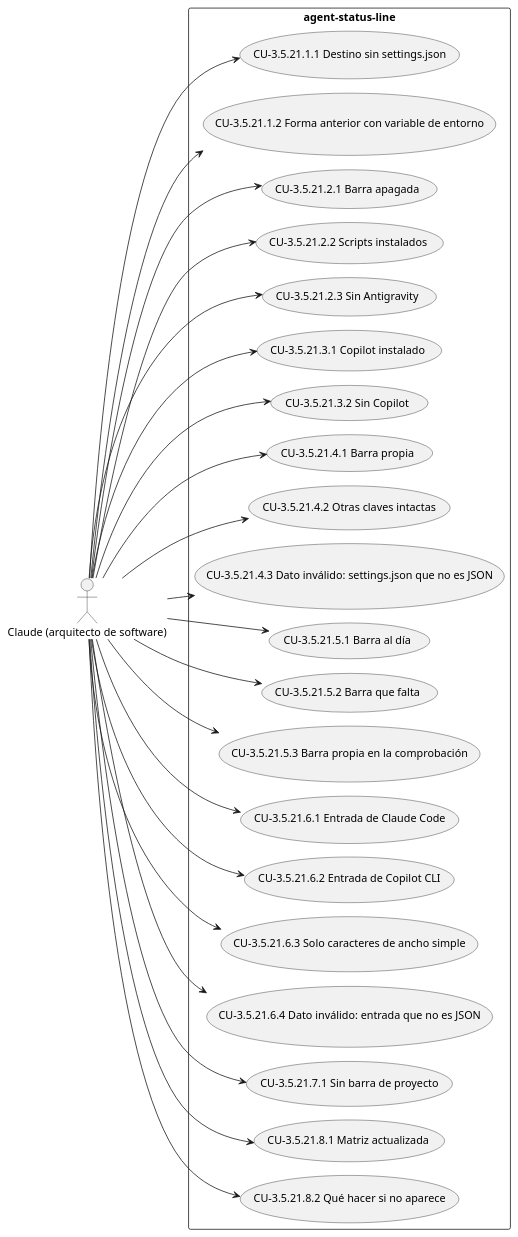
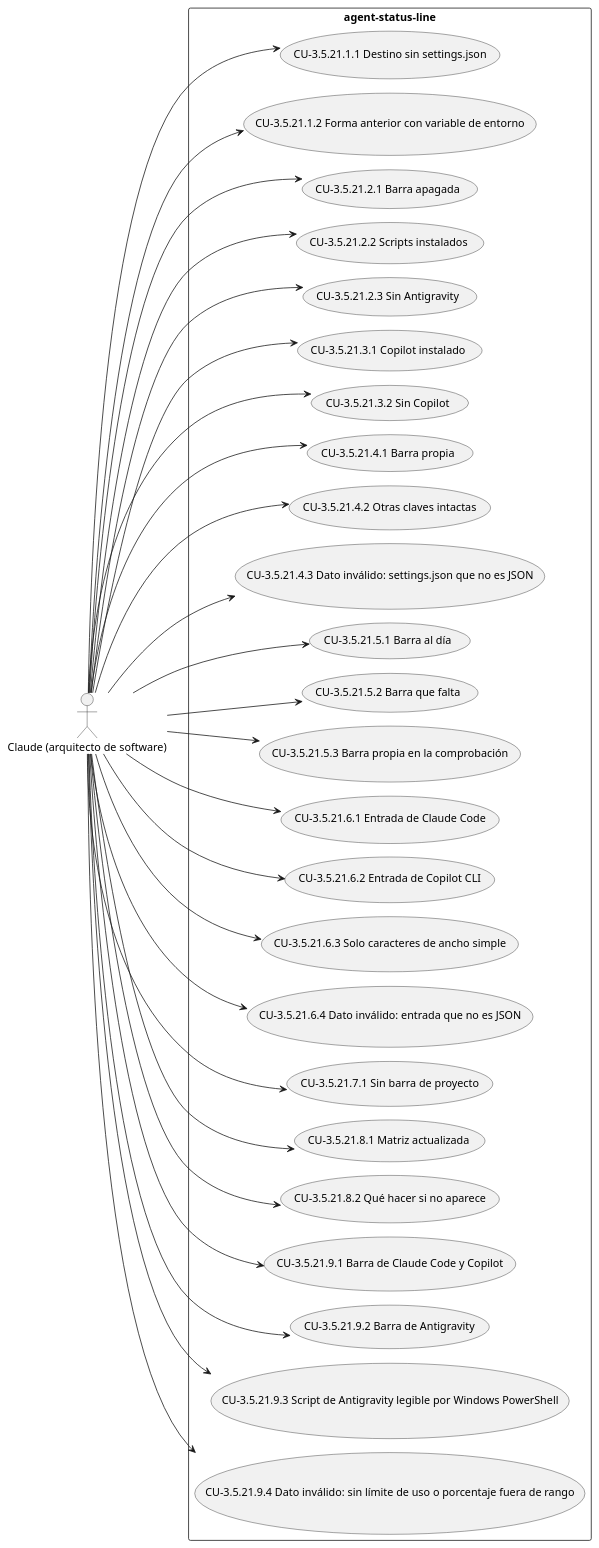
Before and after one commit to Lautaro-Montecchiani/sdd-global-config: the diagram in docs/diagramas/CAP-3.5.21.puml, drawn with PlantUML. The commit also changed 3 other files, not shown here.

```diff
--- a/docs/diagramas/CAP-3.5.21.puml
+++ b/docs/diagramas/CAP-3.5.21.puml
@@ -1,47 +1,55 @@
 @startuml
 !pragma layout smetana
 left to right direction
 actor "Claude (arquitecto de software)" as A1
 rectangle "agent-status-line" {
   usecase "CU-3.5.21.1.1 Destino sin settings.json" as UC_3_5_21_1_1
   usecase "CU-3.5.21.1.2 Forma anterior con variable de entorno" as UC_3_5_21_1_2
   usecase "CU-3.5.21.2.1 Barra apagada" as UC_3_5_21_2_1
   usecase "CU-3.5.21.2.2 Scripts instalados" as UC_3_5_21_2_2
   usecase "CU-3.5.21.2.3 Sin Antigravity" as UC_3_5_21_2_3
   usecase "CU-3.5.21.3.1 Copilot instalado" as UC_3_5_21_3_1
   usecase "CU-3.5.21.3.2 Sin Copilot" as UC_3_5_21_3_2
   usecase "CU-3.5.21.4.1 Barra propia" as UC_3_5_21_4_1
   usecase "CU-3.5.21.4.2 Otras claves intactas" as UC_3_5_21_4_2
   usecase "CU-3.5.21.4.3 Dato inválido: settings.json que no es JSON" as UC_3_5_21_4_3
   usecase "CU-3.5.21.5.1 Barra al día" as UC_3_5_21_5_1
   usecase "CU-3.5.21.5.2 Barra que falta" as UC_3_5_21_5_2
   usecase "CU-3.5.21.5.3 Barra propia en la comprobación" as UC_3_5_21_5_3
   usecase "CU-3.5.21.6.1 Entrada de Claude Code" as UC_3_5_21_6_1
   usecase "CU-3.5.21.6.2 Entrada de Copilot CLI" as UC_3_5_21_6_2
   usecase "CU-3.5.21.6.3 Solo caracteres de ancho simple" as UC_3_5_21_6_3
   usecase "CU-3.5.21.6.4 Dato inválido: entrada que no es JSON" as UC_3_5_21_6_4
   usecase "CU-3.5.21.7.1 Sin barra de proyecto" as UC_3_5_21_7_1
   usecase "CU-3.5.21.8.1 Matriz actualizada" as UC_3_5_21_8_1
   usecase "CU-3.5.21.8.2 Qué hacer si no aparece" as UC_3_5_21_8_2
+  usecase "CU-3.5.21.9.1 Barra de Claude Code y Copilot" as UC_3_5_21_9_1
+  usecase "CU-3.5.21.9.2 Barra de Antigravity" as UC_3_5_21_9_2
+  usecase "CU-3.5.21.9.3 Script de Antigravity legible por Windows PowerShell" as UC_3_5_21_9_3
+  usecase "CU-3.5.21.9.4 Dato inválido: sin límite de uso o porcentaje fuera de rango" as UC_3_5_21_9_4
 }
 A1 --> UC_3_5_21_1_1
 A1 --> UC_3_5_21_1_2
 A1 --> UC_3_5_21_2_1
 A1 --> UC_3_5_21_2_2
 A1 --> UC_3_5_21_2_3
 A1 --> UC_3_5_21_3_1
 A1 --> UC_3_5_21_3_2
 A1 --> UC_3_5_21_4_1
 A1 --> UC_3_5_21_4_2
 A1 --> UC_3_5_21_4_3
 A1 --> UC_3_5_21_5_1
 A1 --> UC_3_5_21_5_2
 A1 --> UC_3_5_21_5_3
 A1 --> UC_3_5_21_6_1
 A1 --> UC_3_5_21_6_2
 A1 --> UC_3_5_21_6_3
 A1 --> UC_3_5_21_6_4
 A1 --> UC_3_5_21_7_1
 A1 --> UC_3_5_21_8_1
 A1 --> UC_3_5_21_8_2
+A1 --> UC_3_5_21_9_1
+A1 --> UC_3_5_21_9_2
+A1 --> UC_3_5_21_9_3
+A1 --> UC_3_5_21_9_4
 @enduml
```
